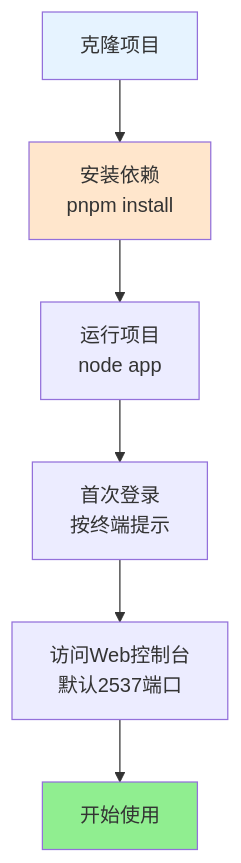
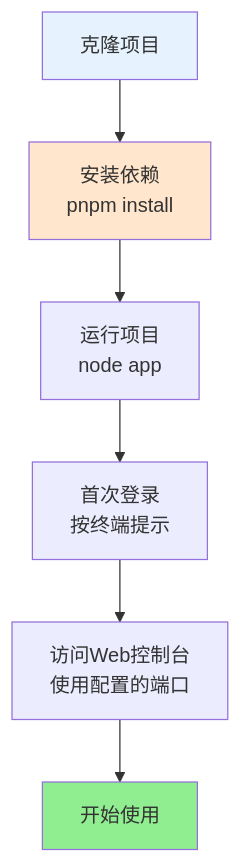
Before and after one commit to sunflowermm/XRK-AGT: the diagram in README.md, drawn with Mermaid. The commit also changed other lines of this file and 10 other files, not shown here.

````diff
--- a/README.md
+++ b/README.md
@@ -66,12 +66,12 @@
 ```mermaid
 flowchart TB
     A["克隆项目"] --> B["安装依赖<br/>pnpm install"]
     B --> C["运行项目<br/>node app"]
     C --> D["首次登录<br/>按终端提示"]
-    D --> E["访问Web控制台<br/>默认2537端口"]
+    D --> E["访问Web控制台<br/>使用配置的端口"]
     E --> F["开始使用"]
     
     style A fill:#E6F3FF
     style B fill:#FFE6CC
     style F fill:#90EE90
 ```
````
